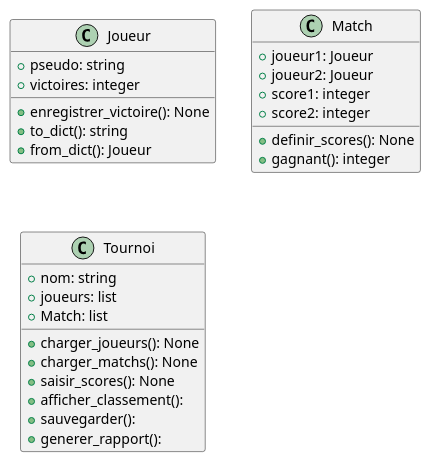
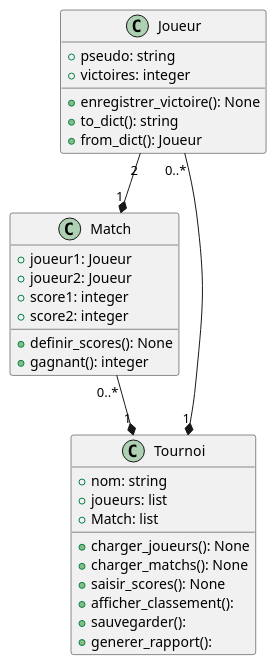
Before and after one commit to Ayoubsahel/TP2: the diagram in UML/classe.puml, drawn with PlantUML.

Commit message:
ajout des relation des classe dans classe,puml

```diff
--- a/UML/classe.puml
+++ b/UML/classe.puml
@@ -1,29 +1,31 @@
 @startuml
 class Joueur{ 
     + pseudo: string
     + victoires: integer    
     + enregistrer_victoire(): None
     + to_dict(): string
     + from_dict(): Joueur
 }
 class Match{
     + joueur1: Joueur
     + joueur2: Joueur
     + score1: integer
     + score2: integer
     + definir_scores(): None
     + gagnant(): integer
 }
 class Tournoi{
     + nom: string 
     + joueurs: list
     + Match: list
     + charger_joueurs(): None
     + charger_matchs(): None
     + saisir_scores(): None
     + afficher_classement():
     + sauvegarder(): 
     + generer_rapport():
 }
-
+Joueur "0..*" --* "1" Tournoi
+Match "0..*" --* "1" Tournoi
+Joueur "2" --* "1" Match
 @enduml
```
